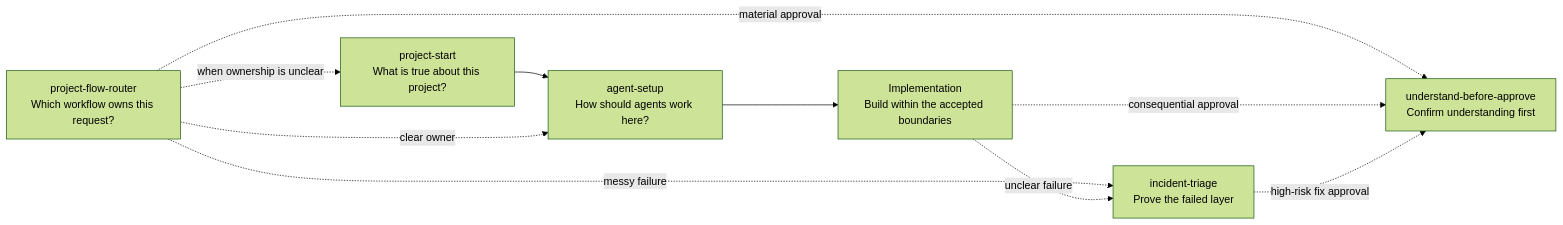
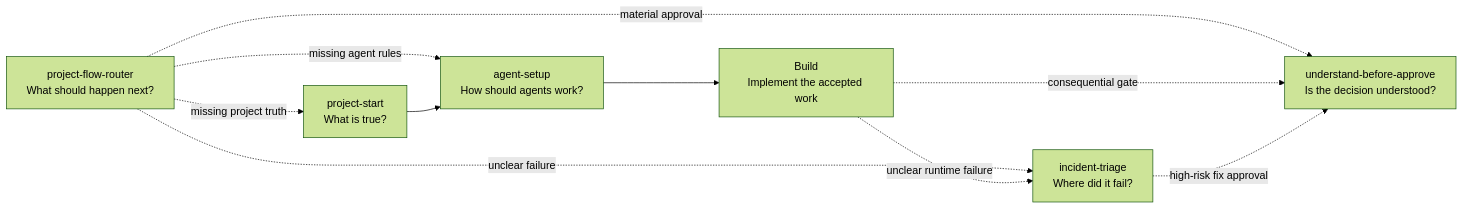
Before and after one commit to DanielJD1216/Jinni-Skills.md: the diagram in README.md, drawn with Mermaid (forest theme). The commit also changed other lines of this file and 17 other files, not shown here.

````diff
--- a/README.md
+++ b/README.md
@@ -59,12 +86,18 @@
 ```mermaid
 flowchart LR
-    R["project-flow-router<br/>Which workflow owns this request?"] -.->|when ownership is unclear| P
-    P["project-start<br/>What is true about this project?"] --> A["agent-setup<br/>How should agents work here?"]
-    A --> B["Implementation<br/>Build within the accepted boundaries"]
-    R -.->|clear owner| A
-    R -.->|messy failure| I
+    R["project-flow-router<br/>What should happen next?"]
+    P["project-start<br/>What is true?"]
+    A["agent-setup<br/>How should agents work?"]
+    B["Build<br/>Implement the accepted work"]
+    I["incident-triage<br/>Where did it fail?"]
+    U["understand-before-approve<br/>Is the decision understood?"]
+
+    R -.->|missing project truth| P
+    R -.->|missing agent rules| A
+    R -.->|unclear failure| I
     R -.->|material approval| U
-    B -.->|unclear failure| I["incident-triage<br/>Prove the failed layer"]
-    B -.->|consequential approval| U["understand-before-approve<br/>Confirm understanding first"]
+    P --> A --> B
+    B -.->|unclear runtime failure| I
+    B -.->|consequential gate| U
     I -.->|high-risk fix approval| U
 ```
````
